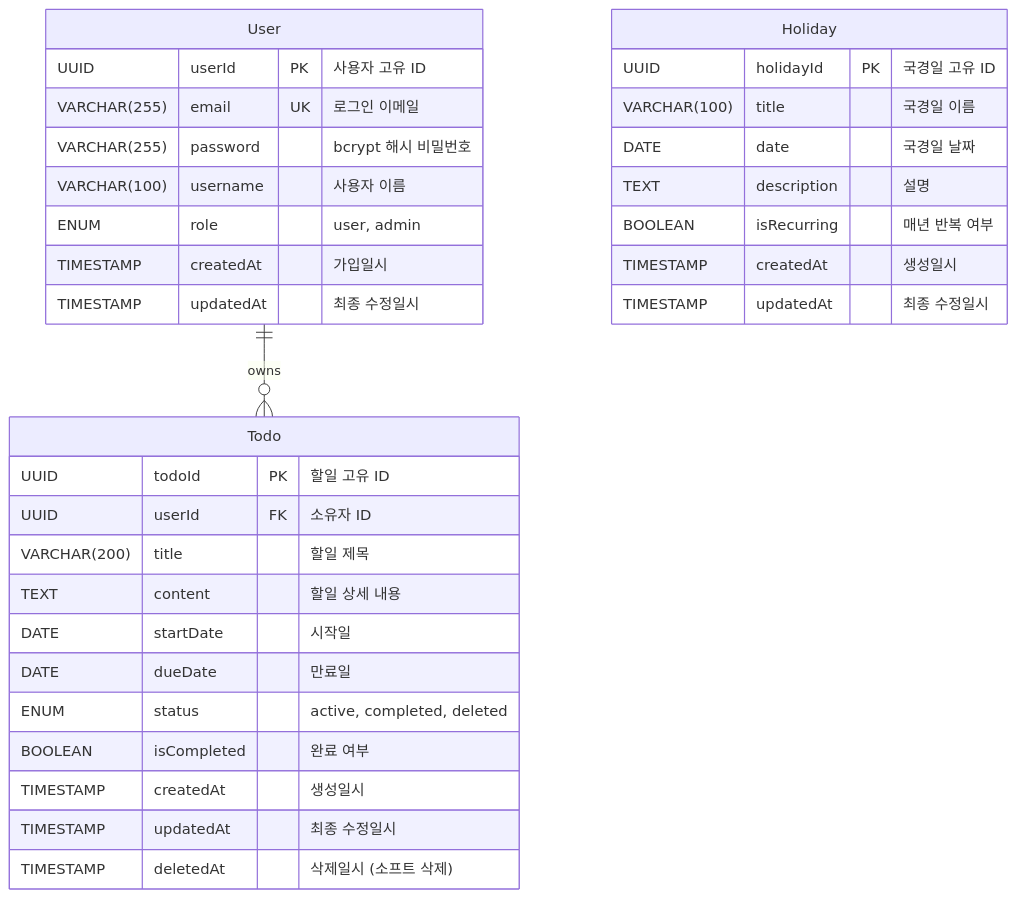
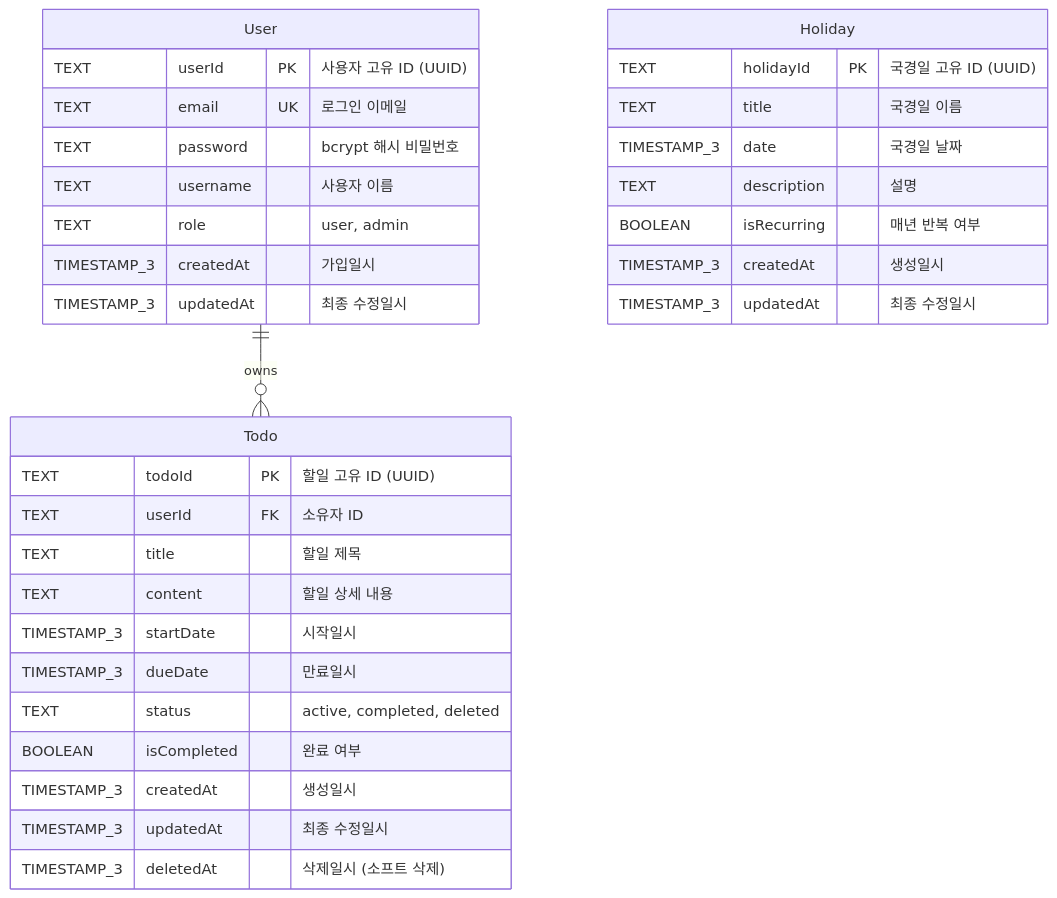
One commit to igkim2014/igk-todolist changed the diagram in docs/6-erd.md. Above: the diagram before and after it, drawn with Mermaid. The commit also changed other lines of this file and 3 other files, not shown here.

````diff
--- a/docs/6-erd.md
+++ b/docs/6-erd.md
@@ -64,38 +68,38 @@
 ```mermaid
 erDiagram
     User ||--o{ Todo : "owns"
 
     User {
-        UUID userId PK "사용자 고유 ID"
-        VARCHAR(255) email UK "로그인 이메일"
-        VARCHAR(255) password "bcrypt 해시 비밀번호"
-        VARCHAR(100) username "사용자 이름"
-        ENUM role "user, admin"
-        TIMESTAMP createdAt "가입일시"
-        TIMESTAMP updatedAt "최종 수정일시"
+        TEXT userId PK "사용자 고유 ID (UUID)"
+        TEXT email UK "로그인 이메일"
+        TEXT password "bcrypt 해시 비밀번호"
+        TEXT username "사용자 이름"
+        TEXT role "user, admin"
+        TIMESTAMP_3 createdAt "가입일시"
+        TIMESTAMP_3 updatedAt "최종 수정일시"
     }
 
     Todo {
-        UUID todoId PK "할일 고유 ID"
-        UUID userId FK "소유자 ID"
-        VARCHAR(200) title "할일 제목"
+        TEXT todoId PK "할일 고유 ID (UUID)"
+        TEXT userId FK "소유자 ID"
+        TEXT title "할일 제목"
         TEXT content "할일 상세 내용"
-        DATE startDate "시작일"
-        DATE dueDate "만료일"
-        ENUM status "active, completed, deleted"
+        TIMESTAMP_3 startDate "시작일시"
+        TIMESTAMP_3 dueDate "만료일시"
+        TEXT status "active, completed, deleted"
         BOOLEAN isCompleted "완료 여부"
-        TIMESTAMP createdAt "생성일시"
-        TIMESTAMP updatedAt "최종 수정일시"
-        TIMESTAMP deletedAt "삭제일시 (소프트 삭제)"
+        TIMESTAMP_3 createdAt "생성일시"
+        TIMESTAMP_3 updatedAt "최종 수정일시"
+        TIMESTAMP_3 deletedAt "삭제일시 (소프트 삭제)"
     }
 
     Holiday {
-        UUID holidayId PK "국경일 고유 ID"
-        VARCHAR(100) title "국경일 이름"
-        DATE date "국경일 날짜"
+        TEXT holidayId PK "국경일 고유 ID (UUID)"
+        TEXT title "국경일 이름"
+        TIMESTAMP_3 date "국경일 날짜"
         TEXT description "설명"
         BOOLEAN isRecurring "매년 반복 여부"
-        TIMESTAMP createdAt "생성일시"
-        TIMESTAMP updatedAt "최종 수정일시"
+        TIMESTAMP_3 createdAt "생성일시"
+        TIMESTAMP_3 updatedAt "최종 수정일시"
     }
 ```
````
